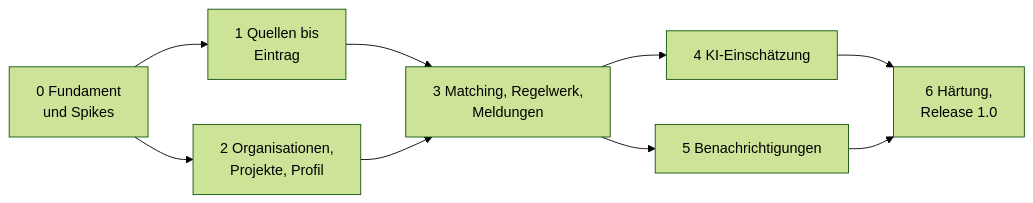
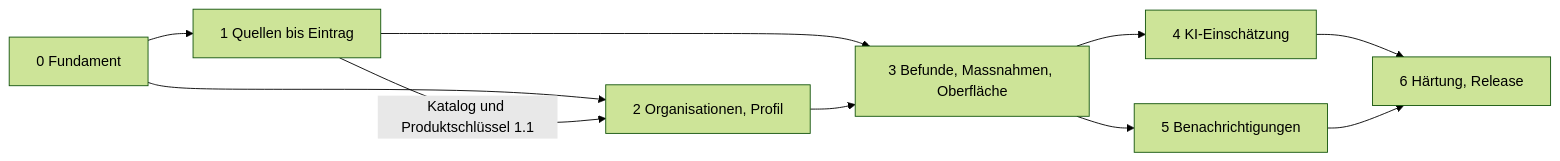
Before and after one commit to NicoM77/Ardea: the diagram in docs/masterplan/14-umsetzungsphasen.md, drawn with Mermaid (forest theme). The commit also changed other lines of this file and 23 other files, not shown here.

````diff
--- a/docs/masterplan/14-umsetzungsphasen.md
+++ b/docs/masterplan/14-umsetzungsphasen.md
@@ -5,11 +22,12 @@
 ```mermaid
 flowchart LR
-  P0[0 Fundament<br/>und Spikes] --> P1[1 Quellen bis<br/>Eintrag]
-  P0 --> P2[2 Organisationen,<br/>Projekte, Profil]
-  P1 --> P3[3 Matching, Regelwerk,<br/>Meldungen]
+  P0[0 Fundament] --> P1[1 Quellen bis Eintrag]
+  P0 --> P2[2 Organisationen, Profil]
+  P1 -- Katalog und Produktschlüssel 1.1 --> P2
+  P1 --> P3[3 Befunde, Massnahmen, Oberfläche]
   P2 --> P3
   P3 --> P4[4 KI-Einschätzung]
   P3 --> P5[5 Benachrichtigungen]
-  P4 --> P6[6 Härtung,<br/>Release 1.0]
+  P4 --> P6[6 Härtung, Release]
   P5 --> P6
 ```
````
